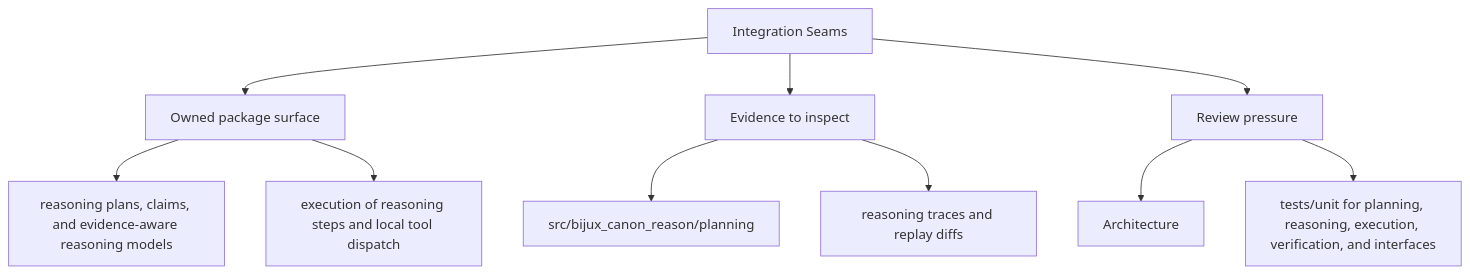
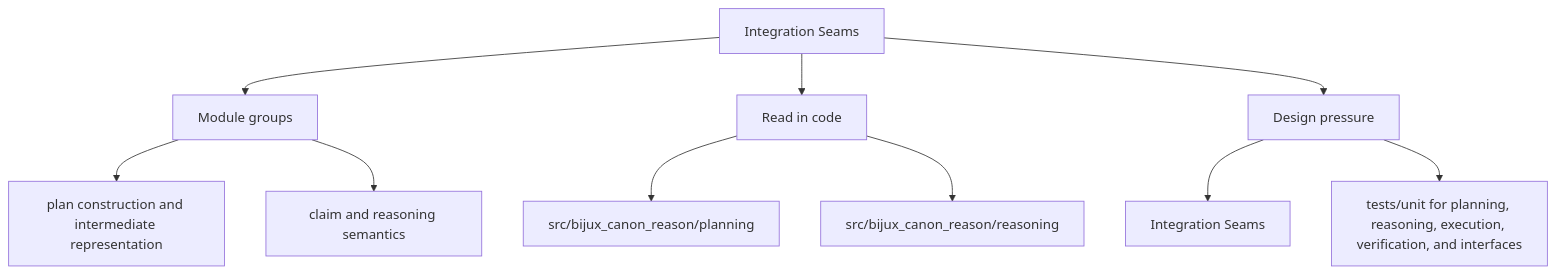
One commit to bijux/bijux-canon changed the second of 2 diagrams in docs/bijux-canon-reason/architecture/integration-seams.md. Above: the diagram before and after it, drawn with Mermaid. The commit also changed other lines of this file and 250 other files, not shown here.

Commit message:
docs(diagrams): make product page maps more readable

````diff
--- a/docs/bijux-canon-reason/architecture/integration-seams.md
+++ b/docs/bijux-canon-reason/architecture/integration-seams.md
@@ -35,22 +35,22 @@
 ```mermaid
 flowchart TD
     page["Integration Seams"]
-    focus1["Owned package surface"]
+    focus1["Module groups"]
     page --> focus1
-    focus1_1["reasoning plans, claims, and evidence-aware reasoning models"]
+    focus1_1["plan construction and intermediate representation"]
     focus1 --> focus1_1
-    focus1_2["execution of reasoning steps and local tool dispatch"]
+    focus1_2["claim and reasoning semantics"]
     focus1 --> focus1_2
-    focus2["Evidence to inspect"]
+    focus2["Read in code"]
     page --> focus2
     focus2_1["src/bijux_canon_reason/planning"]
     focus2 --> focus2_1
-    focus2_2["reasoning traces and replay diffs"]
+    focus2_2["src/bijux_canon_reason/reasoning"]
     focus2 --> focus2_2
-    focus3["Review pressure"]
+    focus3["Design pressure"]
     page --> focus3
-    focus3_1["Architecture"]
+    focus3_1["Integration Seams"]
     focus3 --> focus3_1
     focus3_2["tests/unit for planning, reasoning, execution, verification, and interfaces"]
     focus3 --> focus3_2
 ```
````
